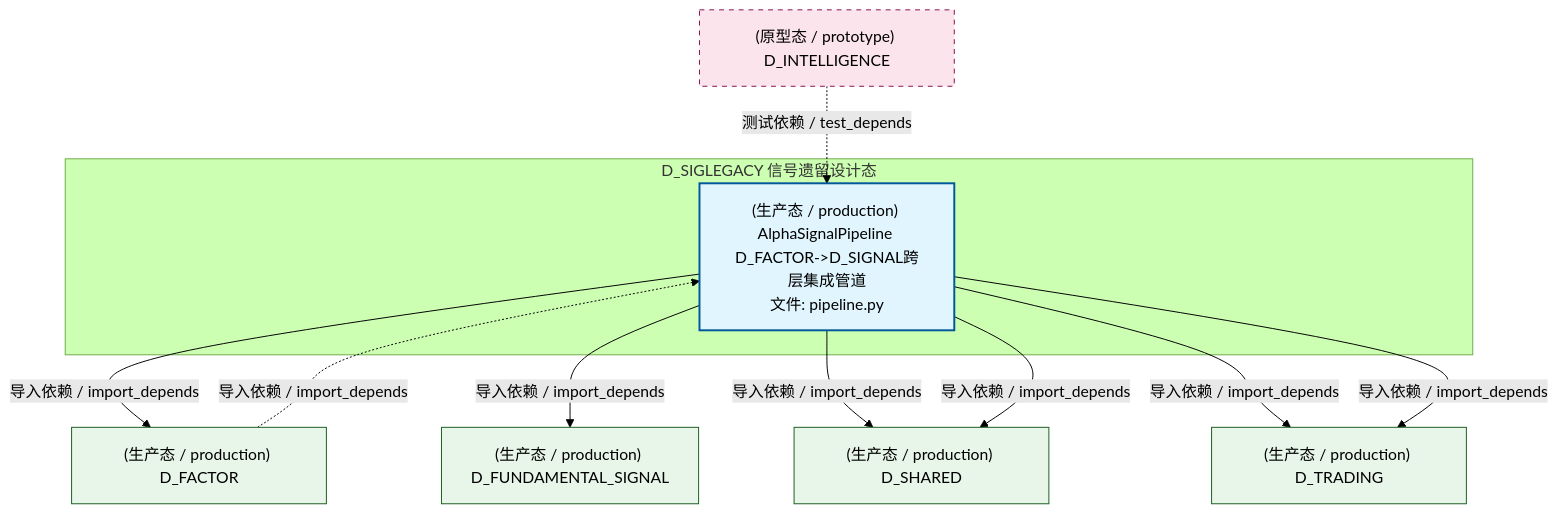
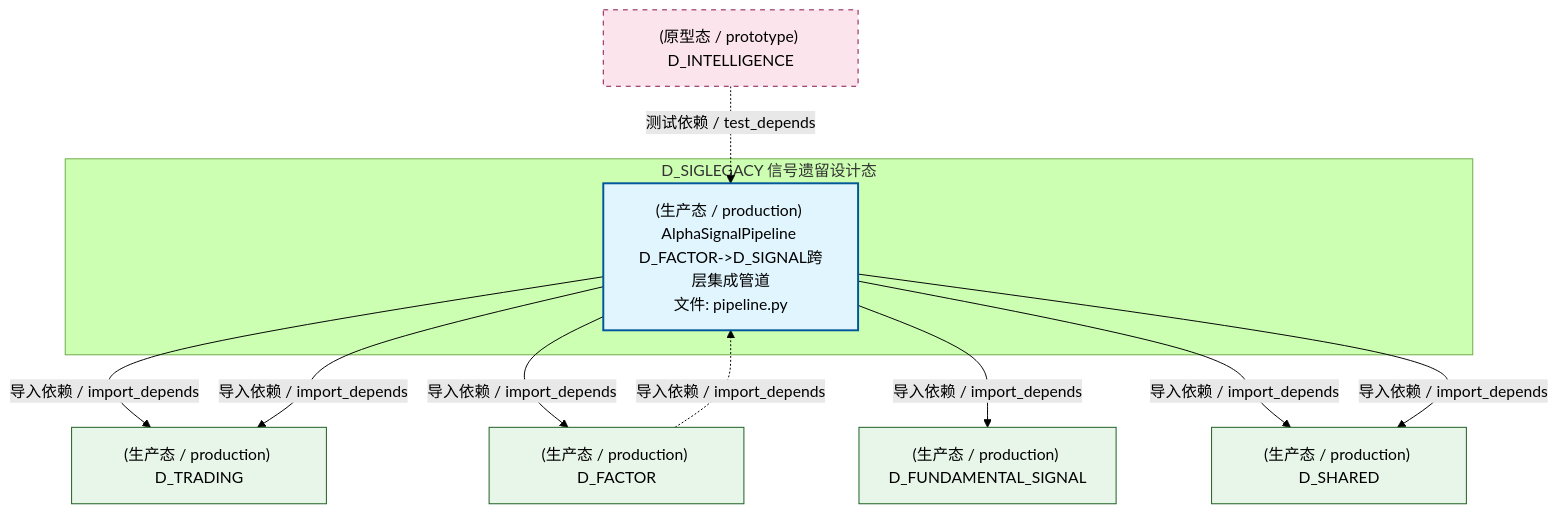
Before and after one commit to xuanFelixVan/ZephyrAlpha: the second of 4 diagrams in docs/02_enterprise_architecture/02_domain_architecture_docs/63_d_siglegacy.md, drawn with Mermaid (forest theme). The commit also changed other lines of this file and 126 other files, not shown here.

````diff
--- a/docs/02_enterprise_architecture/02_domain_architecture_docs/63_d_siglegacy.md
+++ b/docs/02_enterprise_architecture/02_domain_architecture_docs/63_d_siglegacy.md
@@ -138,26 +138,26 @@
 ```mermaid
 graph TD
     subgraph D_SIGLEGACY["D_SIGLEGACY 信号遗留设计态"]
         src_zephyr_signal_fundamental_pipeline_py["(生产态 / production) AlphaSignalPipeline D_FACTOR->D_SIGNAL跨层集成管道<br/>文件: pipeline.py"]
     end
+    D_TRADING["(生产态 / production) D_TRADING"]
+    src_zephyr_signal_fundamental_pipeline_py -->|导入依赖 / import_depends| D_TRADING
     D_FACTOR["(生产态 / production) D_FACTOR"]
     src_zephyr_signal_fundamental_pipeline_py -->|导入依赖 / import_depends| D_FACTOR
     D_FUNDAMENTAL_SIGNAL["(生产态 / production) D_FUNDAMENTAL_SIGNAL"]
     src_zephyr_signal_fundamental_pipeline_py -->|导入依赖 / import_depends| D_FUNDAMENTAL_SIGNAL
     D_SHARED["(生产态 / production) D_SHARED"]
     src_zephyr_signal_fundamental_pipeline_py -->|导入依赖 / import_depends| D_SHARED
-    D_TRADING["(生产态 / production) D_TRADING"]
     src_zephyr_signal_fundamental_pipeline_py -->|导入依赖 / import_depends| D_TRADING
     src_zephyr_signal_fundamental_pipeline_py -->|导入依赖 / import_depends| D_SHARED
-    src_zephyr_signal_fundamental_pipeline_py -->|导入依赖 / import_depends| D_TRADING
     D_FACTOR -.->|导入依赖 / import_depends| src_zephyr_signal_fundamental_pipeline_py
     D_INTELLIGENCE["(原型态 / prototype) D_INTELLIGENCE"]
     D_INTELLIGENCE -.->|测试依赖 / test_depends| src_zephyr_signal_fundamental_pipeline_py
     classDef production fill:#e1f5fe,stroke:#01579b,stroke-width:2px,color:#000
     classDef design fill:#fff3e0,stroke:#e65100,stroke-width:2px,color:#000,stroke-dasharray: 5 5
     classDef external_prod fill:#e8f5e9,stroke:#1b5e20,stroke-width:1px,color:#000
     classDef external_design fill:#fce4ec,stroke:#880e4f,stroke-width:1px,color:#000,stroke-dasharray: 5 5
     class src_zephyr_signal_fundamental_pipeline_py production
-    class D_FACTOR,D_FUNDAMENTAL_SIGNAL,D_SHARED,D_TRADING external_prod
+    class D_TRADING,D_FACTOR,D_FUNDAMENTAL_SIGNAL,D_SHARED external_prod
     class D_INTELLIGENCE external_design
 ```
````
